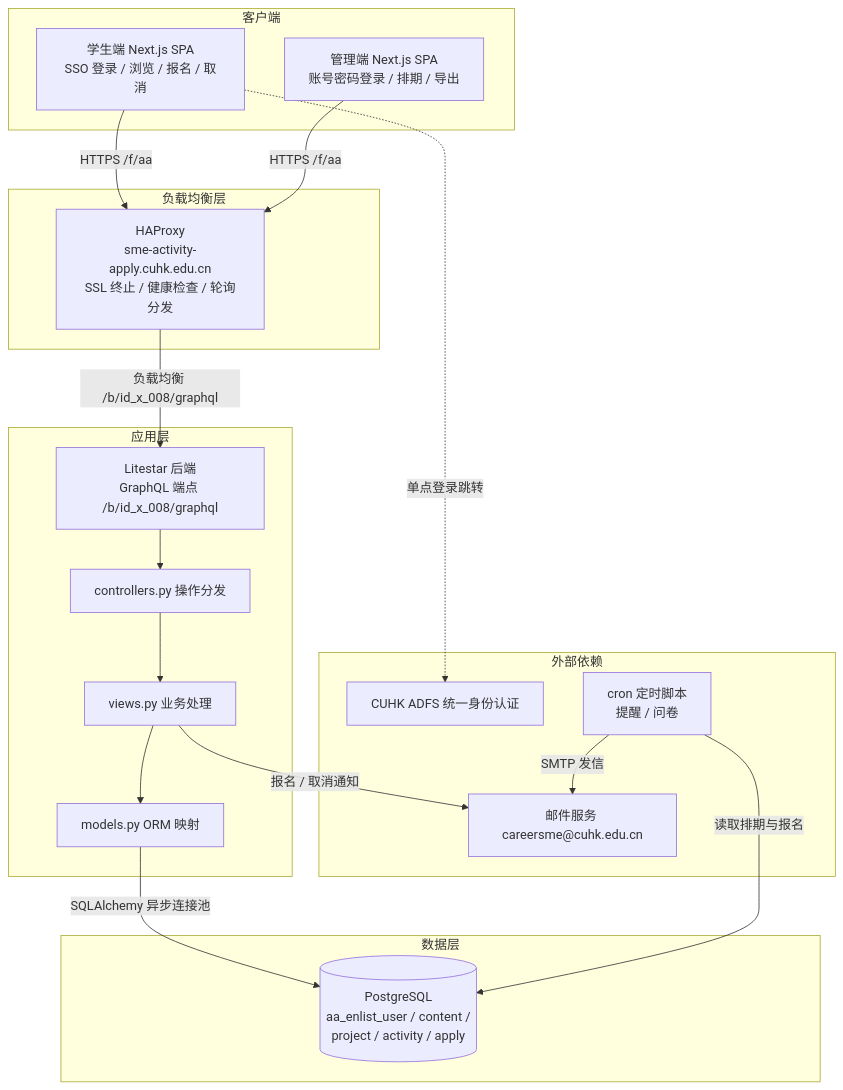
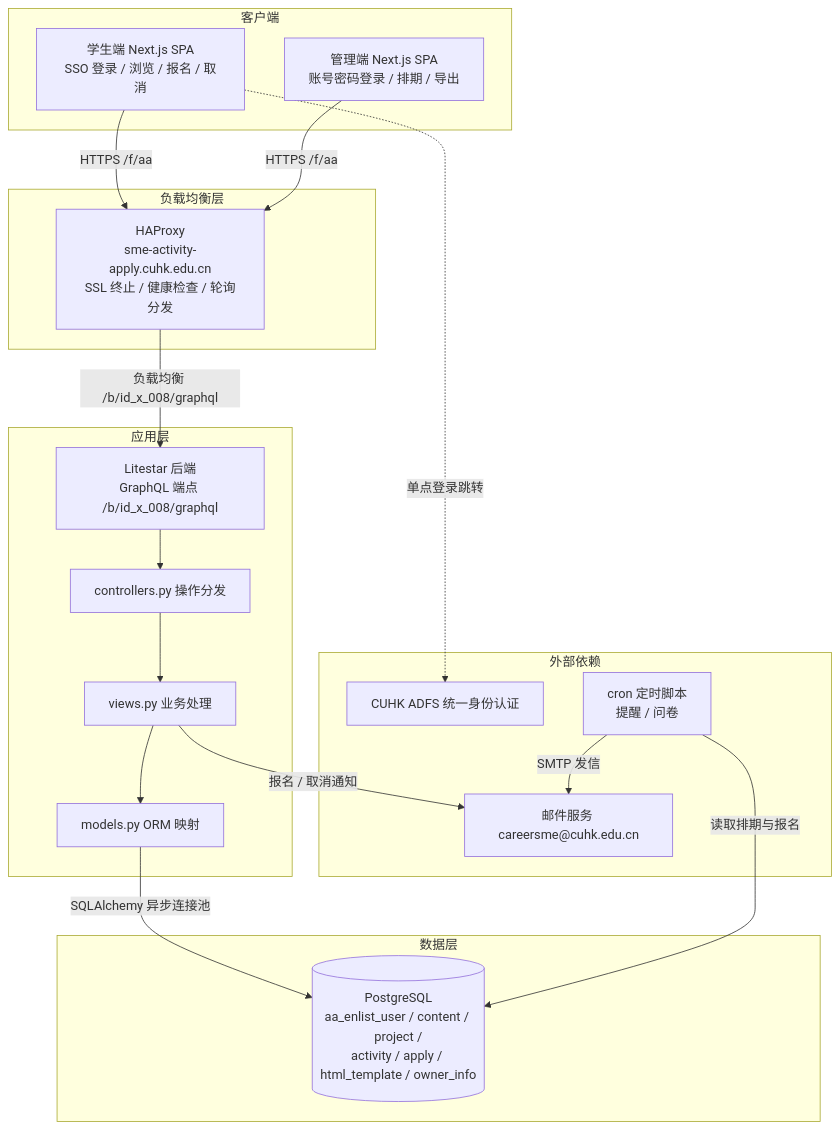
The first of 2 diagrams in README.md (i-TorchLabs/id_x_008), drawn with Mermaid before and after one commit. The commit also changed other lines of this file, not shown here.

````diff
--- a/README.md
+++ b/README.md
@@ -64,38 +64,38 @@
 ```mermaid
 graph TD
     subgraph 客户端
         STU[学生端 Next.js SPA<br/>SSO 登录 / 浏览 / 报名 / 取消]
         ADM[管理端 Next.js SPA<br/>账号密码登录 / 排期 / 导出]
     end
 
     subgraph 负载均衡层
         HAP[HAProxy<br/>sme-activity-apply.cuhk.edu.cn<br/>SSL 终止 / 健康检查 / 轮询分发]
     end
 
     subgraph 应用层
         API[Litestar 后端<br/>GraphQL 端点 /b/id_x_008/graphql]
         CTRL[controllers.py 操作分发]
         VIEW[views.py 业务处理]
         MODEL[models.py ORM 映射]
     end
 
     subgraph 数据层
-        PG[(PostgreSQL<br/>aa_enlist_user / content /<br/>project / activity / apply)]
+        PG[(PostgreSQL<br/>aa_enlist_user / content / project /<br/>activity / apply / html_template / owner_info)]
     end
 
     subgraph 外部依赖
         SSO[CUHK ADFS 统一身份认证]
         SMTP[邮件服务 careersme@cuhk.edu.cn]
         CRON[cron 定时脚本<br/>提醒 / 问卷]
     end
 
     STU -->|HTTPS /f/aa| HAP
     ADM -->|HTTPS /f/aa| HAP
     HAP -->|负载均衡 /b/id_x_008/graphql| API
     STU -.->|单点登录跳转| SSO
     API --> CTRL --> VIEW --> MODEL
     MODEL -->|SQLAlchemy 异步连接池| PG
     CRON -->|读取排期与报名| PG
     CRON -->|SMTP 发信| SMTP
     VIEW -->|报名 / 取消通知| SMTP
 ```
````
